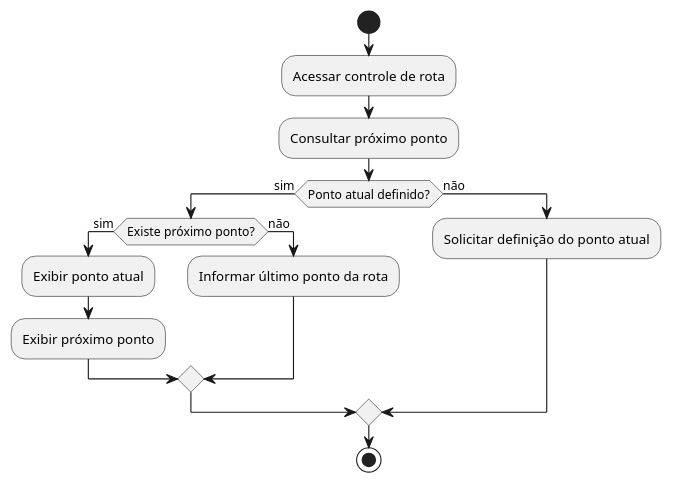
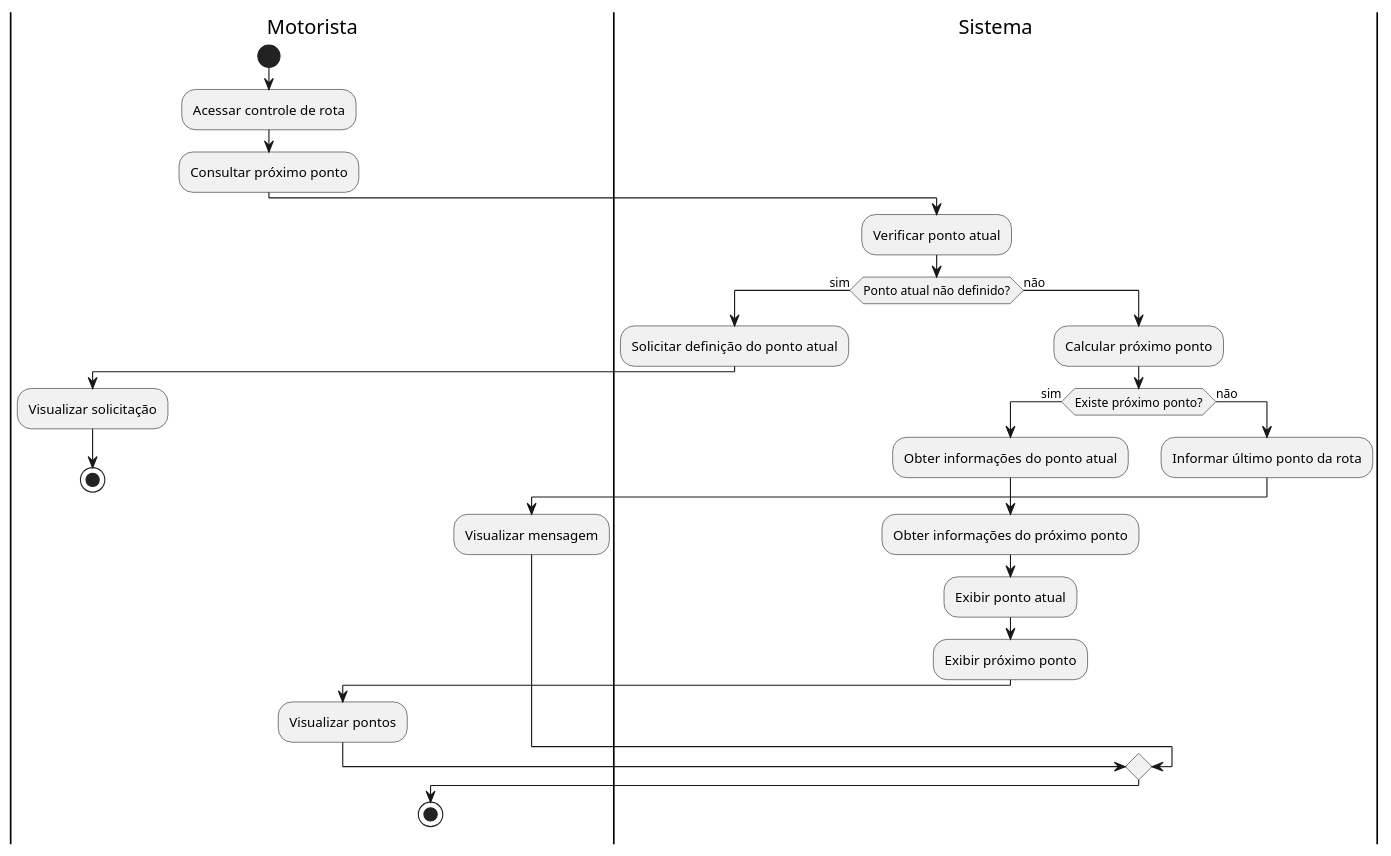
Before and after one commit to viniciusdias2902/modelagem_uml: the diagram in atividades/Caso_07_Atividade.puml, drawn with PlantUML. The commit also changed 32 other files, not shown here.

Commit message:
Correção dos diagramas de atividade

```diff
--- a/atividades/Caso_07_Atividade.puml
+++ b/atividades/Caso_07_Atividade.puml
@@ -1,16 +1,39 @@
 @startuml
+|Motorista|
 start
 :Acessar controle de rota;
 :Consultar próximo ponto;
-if (Ponto atual definido?) then (sim)
+
+|Sistema|
+:Verificar ponto atual;
+
+if (Ponto atual não definido?) then (sim)
+  :Solicitar definição do ponto atual;
+  
+  |Motorista|
+  :Visualizar solicitação;
+  stop
+else (não)
+  |Sistema|
+  :Calcular próximo ponto;
+  
   if (Existe próximo ponto?) then (sim)
+    :Obter informações do ponto atual;
+    :Obter informações do próximo ponto;
     :Exibir ponto atual;
     :Exibir próximo ponto;
+    
+    |Motorista|
+    :Visualizar pontos;
   else (não)
+    |Sistema|
     :Informar último ponto da rota;
+    
+    |Motorista|
+    :Visualizar mensagem;
   endif
-else (não)
-  :Solicitar definição do ponto atual;
+  
+  |Motorista|
+  stop
 endif
-stop
 @enduml
```
